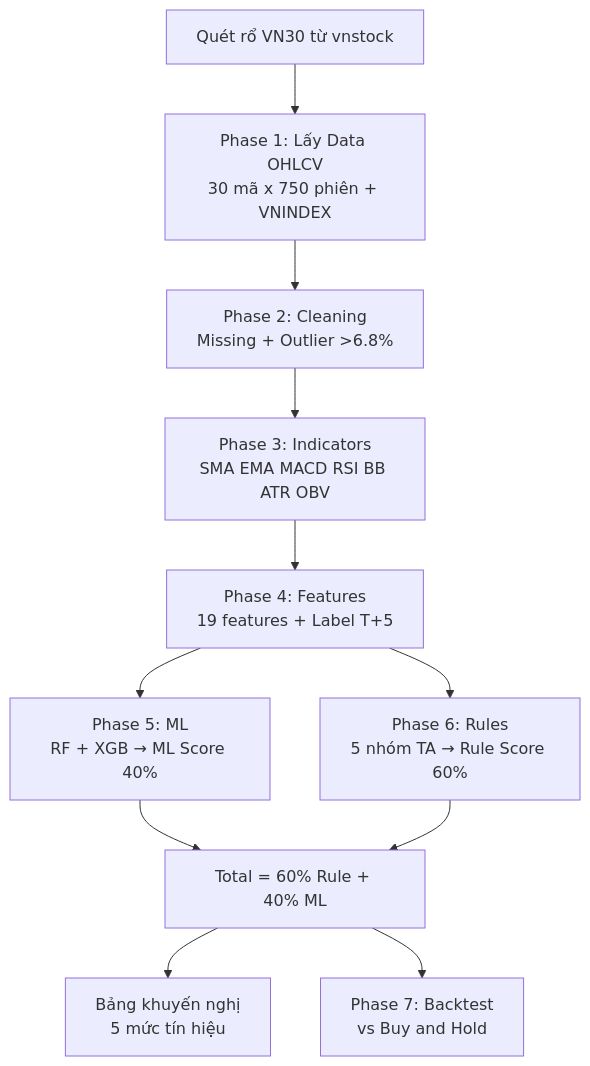
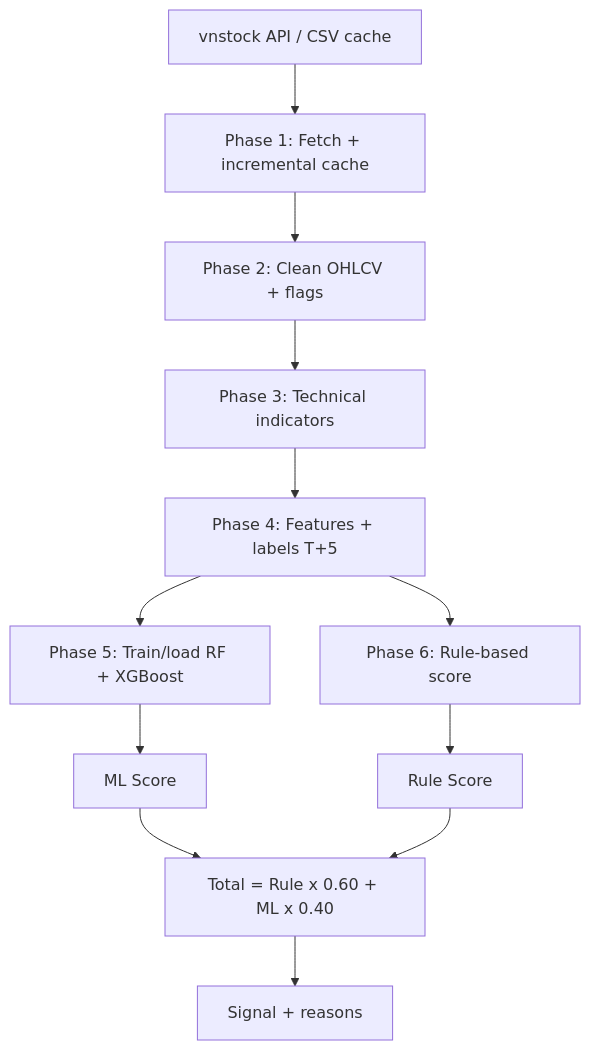
One commit to DuykoNgu/Dss changed the diagram in README.md. Above: the diagram before and after it, drawn with Mermaid. The commit also changed other lines of this file and 8 other files, not shown here.

````diff
--- a/README.md
+++ b/README.md
@@ -125,13 +140,14 @@
 ```mermaid
 flowchart TD
-    SCAN["Quét rổ VN30 từ vnstock"] --> P1["Phase 1: Lấy Data OHLCV<br/>30 mã x 750 phiên + VNINDEX"]
-    P1 --> P2["Phase 2: Cleaning<br/>Missing + Outlier >6.8%"]
-    P2 --> P3["Phase 3: Indicators<br/>SMA EMA MACD RSI BB ATR OBV"]
-    P3 --> P4["Phase 4: Features<br/>19 features + Label T+5"]
-    P4 --> P5["Phase 5: ML<br/>RF + XGB → ML Score 40%"]
-    P4 --> P6["Phase 6: Rules<br/>5 nhóm TA → Rule Score 60%"]
-    P5 --> TOTAL["Total = 60% Rule + 40% ML"]
-    P6 --> TOTAL
-    TOTAL --> REC["Bảng khuyến nghị<br/>5 mức tín hiệu"]
-    TOTAL --> BT["Phase 7: Backtest<br/>vs Buy and Hold"]
+    A["vnstock API / CSV cache"] --> B["Phase 1: Fetch + incremental cache"]
+    B --> C["Phase 2: Clean OHLCV + flags"]
+    C --> D["Phase 3: Technical indicators"]
+    D --> E["Phase 4: Features + labels T+5"]
+    E --> F["Phase 5: Train/load RF + XGBoost"]
+    E --> G["Phase 6: Rule-based score"]
+    F --> H["ML Score"]
+    G --> I["Rule Score"]
+    H --> J["Total = Rule x 0.60 + ML x 0.40"]
+    I --> J
+    J --> K["Signal + reasons"]
 ```
````
